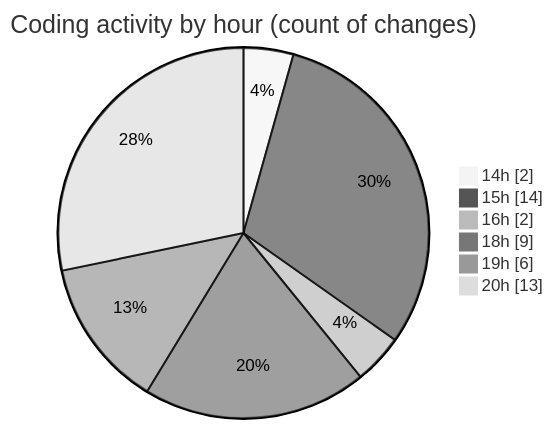
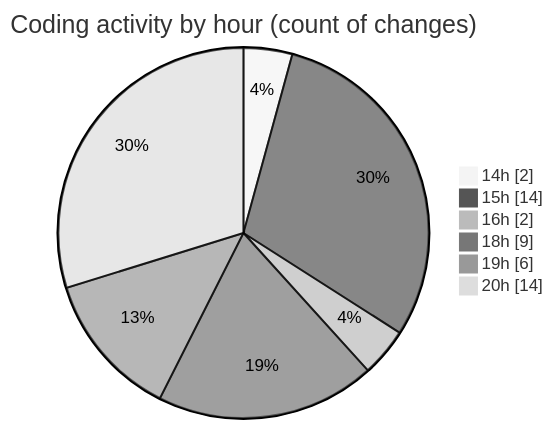
The second of 2 diagrams in 2025-03-21/back-end/README.md (Netris89/code-tracking), drawn with Mermaid (neutral theme) before and after one commit. The commit also changed other lines of this file and 1 other file, not shown here.

````diff
--- a/2025-03-21/back-end/README.md
+++ b/2025-03-21/back-end/README.md
@@ -31,10 +31,10 @@
 ```mermaid
 pie showData
 title Coding activity by hour (count of changes)
 "14h" : 2
 "15h" : 14
 "16h" : 2
 "18h" : 9
 "19h" : 6
-"20h" : 13
+"20h" : 14
 ```
````
